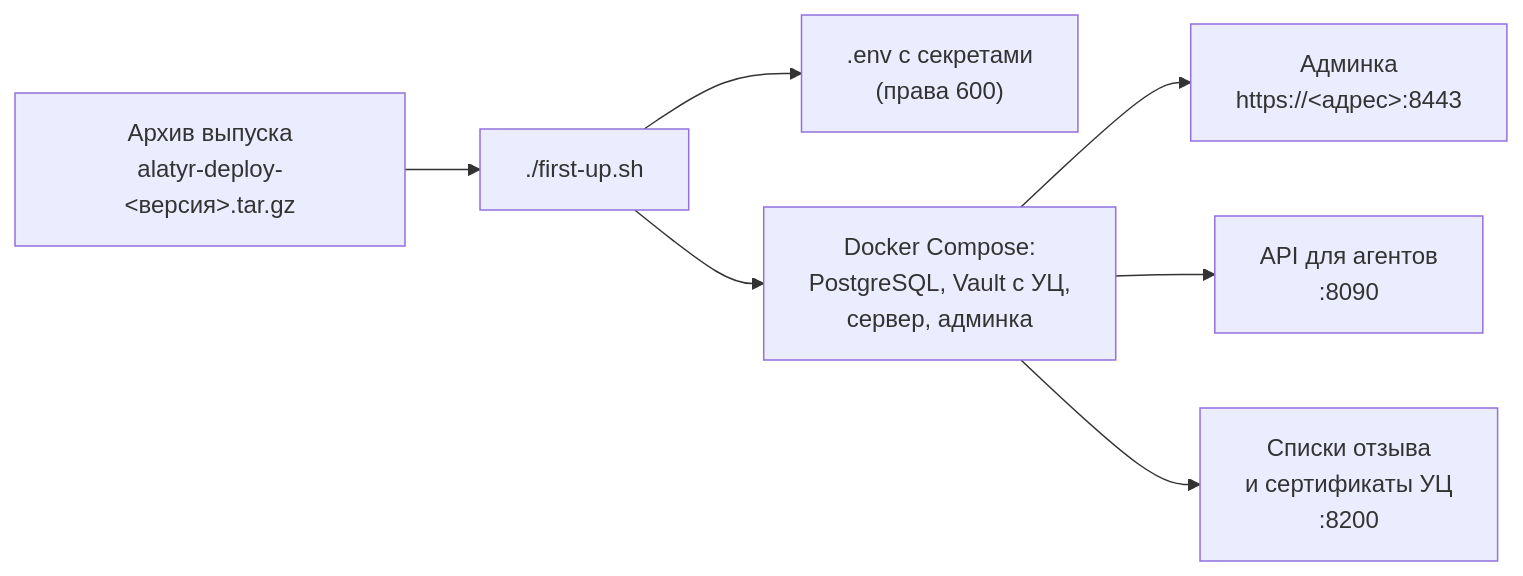
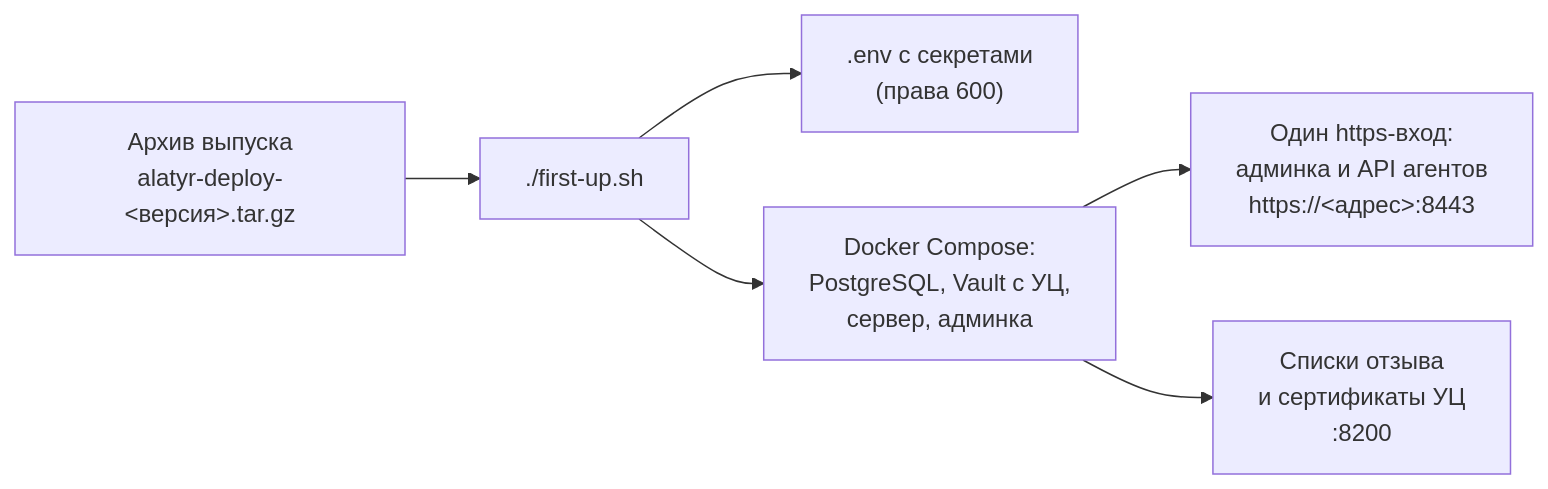
The diagram in docs/quickstart.md (s3m4rgl/alatyr-docs), drawn with Mermaid before and after one commit. The commit also changed other lines of this file and 4 other files, not shown here.

First line of the commit message:
docs: один https-вход — админка и API агентов на 8443, демо на 13000

````diff
--- a/docs/quickstart.md
+++ b/docs/quickstart.md
@@ -16,9 +16,8 @@
 ```mermaid
 flowchart LR
     Archive["Архив выпуска<br/>alatyr-deploy-&lt;версия&gt;.tar.gz"] --> FirstUp["./first-up.sh"]
     FirstUp --> Env[".env с секретами<br/>(права 600)"]
     FirstUp --> Stack["Docker Compose:<br/>PostgreSQL, Vault с УЦ,<br/>сервер, админка"]
-    Stack --> Admin["Админка<br/>https://&lt;адрес&gt;:8443"]
-    Stack --> Api["API для агентов<br/>:8090"]
+    Stack --> Admin["Один https-вход:<br/>админка и API агентов<br/>https://&lt;адрес&gt;:8443"]
     Stack --> Crl["Списки отзыва<br/>и сертификаты УЦ<br/>:8200"]
 ```
````
